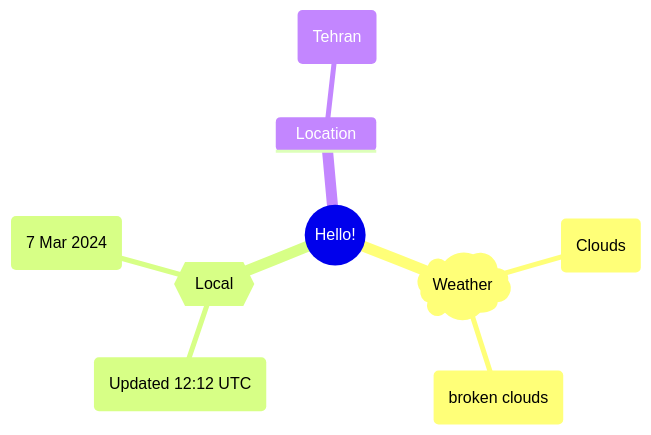
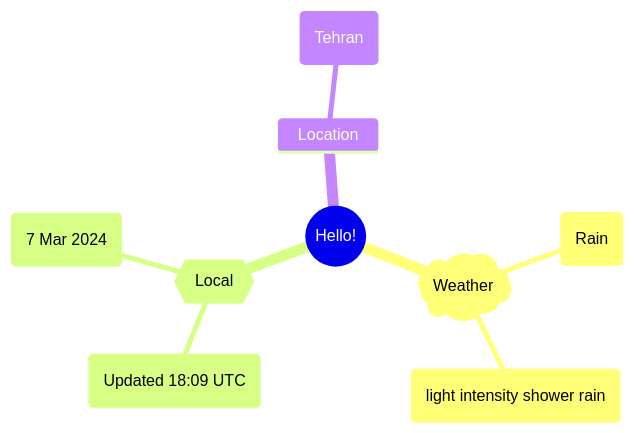
Before and after one commit to Xosrov/Xosrov: the first of 2 diagrams in README.md, drawn with Mermaid.

Commit message:
[bot] updated images

````diff
--- a/README.md
+++ b/README.md
@@ -3,12 +3,12 @@
 ```mermaid
 mindmap
   root((Hello!))
     )Weather(
-        (Clouds)
-        (broken clouds)
+        (Rain)
+        (light intensity shower rain)
     {{Local}}
-        (Updated 12:12 UTC)
+        (Updated 18:09 UTC)
         (7 Mar 2024)
     Location
         (Tehran)
 ```
````
